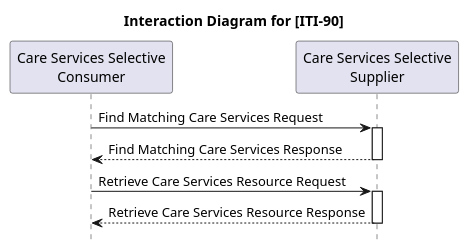
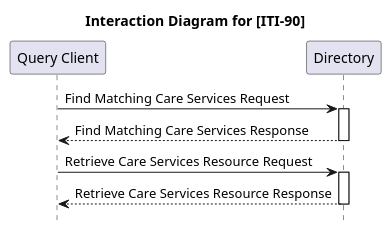
Before and after one commit to ehealthsuisse/ch-epr-fhir: the diagram in input/images-source/mCSD_ActorDiagram_ITI-90.plantuml, drawn with PlantUML. The commit also changed 18 other files, not shown here.

```diff
--- a/input/images-source/mCSD_ActorDiagram_ITI-90.plantuml
+++ b/input/images-source/mCSD_ActorDiagram_ITI-90.plantuml
@@ -1,18 +1,18 @@
 @startuml
 hide footbox
 
 title Interaction Diagram for [ITI-90]
 
-participant "Care Services Selective\nConsumer" as Client
-participant "Care Services Selective\nSupplier" as Server
+participant "Query Client" as Client
+participant "Directory" as Server
 
 hide footbox
 autoactivate on
 
 Client -> Server : Find Matching Care Services Request
 Server --> Client : Find Matching Care Services Response
 
 Client -> Server : Retrieve Care Services Resource Request
 Server --> Client : Retrieve Care Services Resource Response
 
 @enduml
```
